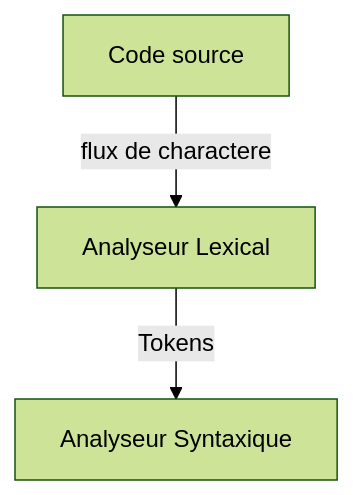
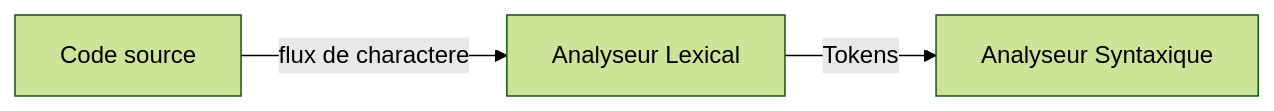
Before and after one commit to RonanFreezy/L3: the first of 4 diagrams in L3/S5/Compilation/Cm.md, drawn with Mermaid (forest theme). The commit also changed other lines of this file and 4 other files, not shown here.

````diff
--- a/L3/S5/Compilation/Cm.md
+++ b/L3/S5/Compilation/Cm.md
@@ -29,6 +29,6 @@
 ```mermaid
-graph 
+graph LR
 
 a["Code source"] -->|flux de charactere| b["Analyseur Lexical"]
 b -->|Tokens| c["Analyseur Syntaxique"] 
 ```
````
